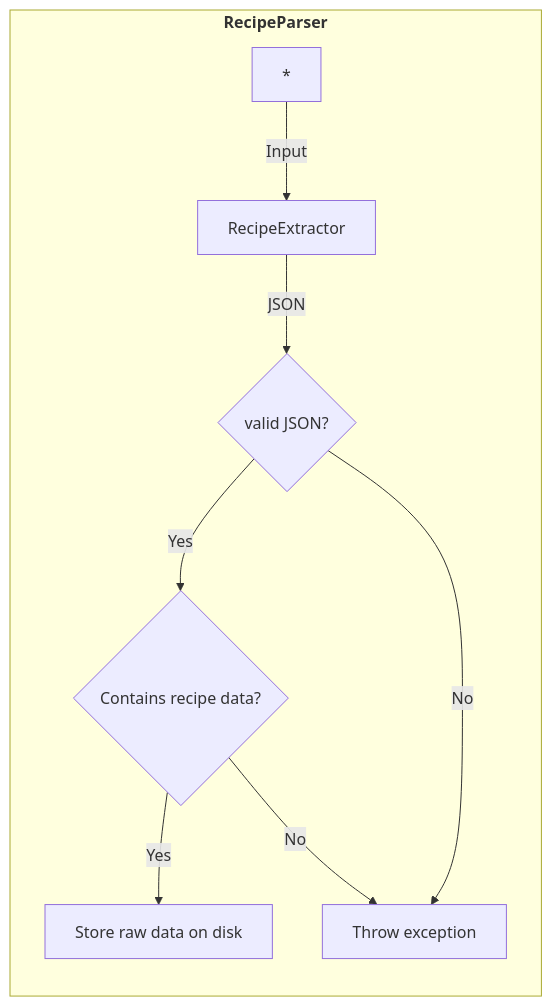
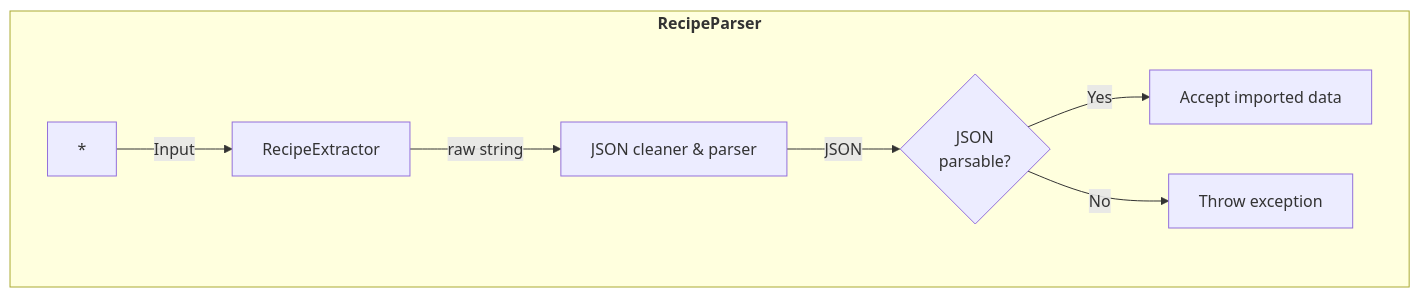
One commit to seyfeb/recipe-import-mapping-pipeline changed the second of 4 diagrams in README.md. Above: the diagram before and after it, drawn with Mermaid. The commit also changed other lines of this file, not shown here.

````diff
--- a/README.md
+++ b/README.md
@@ -25,11 +44,11 @@
 ```mermaid
-flowchart LR
+flowchart TD
     subgraph "`**RecipeParser**`"
         * -->|Input|B[RecipeExtractor]
-        B -->|JSON|C{valid JSON?}
-        C -->|Yes| D{Contains recipe data?}
-        D -->|Yes| F[Store raw data on disk]
+        B -- raw string --> cleaner[JSON cleaner & parser]
+        cleaner -->|JSON|C{"`JSON
+        parsable?`"}
+        C -->|Yes| F[Accept imported data]
         C -->|No| E[Throw exception]
-        D -->|No| E
     end
 ```
````
